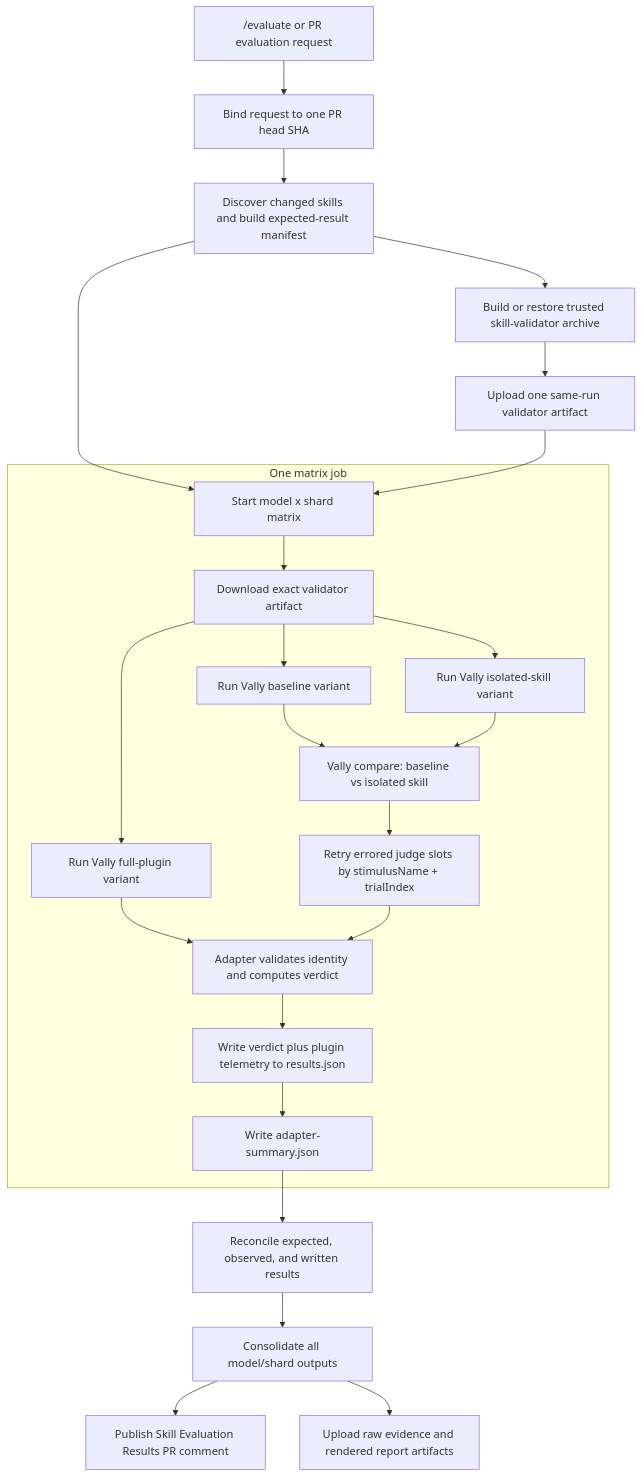
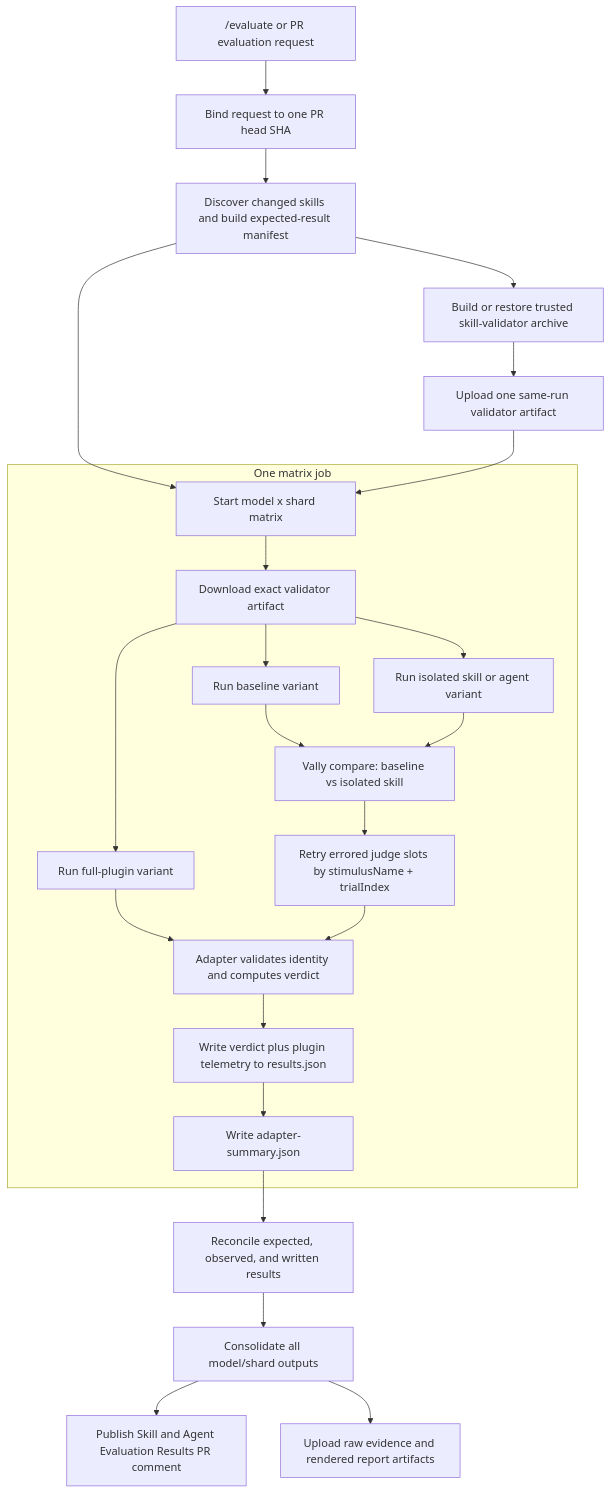
The first of 5 diagrams in eng/vally-adapter/README.md (FARSOUNDAVIATION/skills), drawn with Mermaid before and after one commit. The commit also changed other lines of this file and 53 other files, not shown here.

First line of the commit message:
Add first-class custom-agent evaluation coverage (#1165)

````diff
--- a/eng/vally-adapter/README.md
+++ b/eng/vally-adapter/README.md
@@ -66,28 +66,28 @@
 ```mermaid
 flowchart TD
     A["/evaluate or PR evaluation request"] --> B["Bind request to one PR head SHA"]
     B --> C["Discover changed skills and build expected-result manifest"]
     C --> D["Build or restore trusted skill-validator archive"]
     D --> E["Upload one same-run validator artifact"]
     C --> F["Start model x shard matrix"]
     E --> F
 
     subgraph R["One matrix job"]
         F --> G["Download exact validator artifact"]
-        G --> H["Run Vally baseline variant"]
-        G --> I["Run Vally isolated-skill variant"]
-        G --> J["Run Vally full-plugin variant"]
+        G --> H["Run baseline variant"]
+        G --> I["Run isolated skill or agent variant"]
+        G --> J["Run full-plugin variant"]
         H --> K["Vally compare: baseline vs isolated skill"]
         I --> K
         J --> M
         K --> L["Retry errored judge slots by stimulusName + trialIndex"]
         L --> M["Adapter validates identity and computes verdict"]
         M --> N["Write verdict plus plugin telemetry to results.json"]
         N --> N2["Write adapter-summary.json"]
     end
 
     N2 --> O["Reconcile expected, observed, and written results"]
     O --> P["Consolidate all model/shard outputs"]
-    P --> Q["Publish Skill Evaluation Results PR comment"]
+    P --> Q["Publish Skill and Agent Evaluation Results PR comment"]
     P --> S["Upload raw evidence and rendered report artifacts"]
 ```
````
